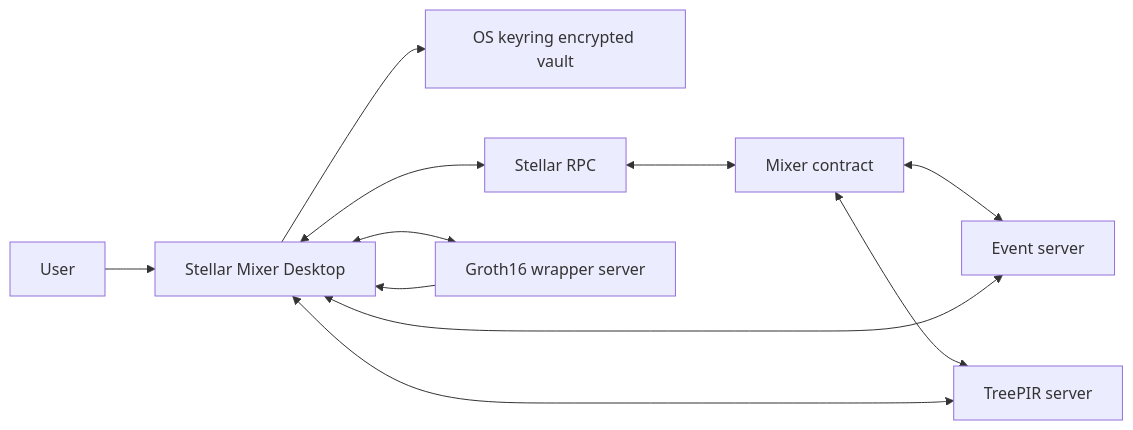
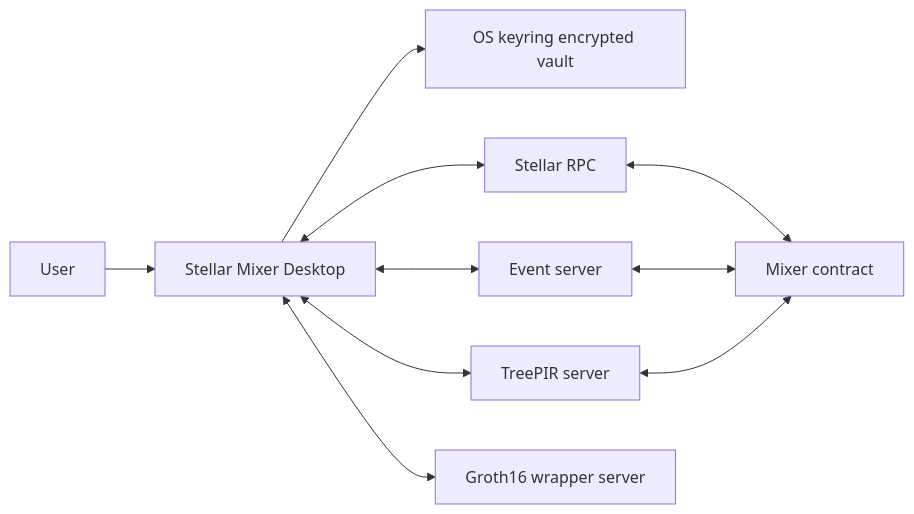
The first of 4 diagrams in README.md (stellar-mixer/stellar-mixer-desktop), drawn with Mermaid before and after one commit. The commit also changed other lines of this file, not shown here.

````diff
--- a/README.md
+++ b/README.md
@@ -40,17 +38,15 @@
 ```mermaid
 flowchart LR
     User[User] --> Desktop[Stellar Mixer Desktop]
 
     Desktop --> Vault[OS keyring encrypted vault]
 
     Desktop <--> RPC[Stellar RPC]
+    Desktop <--> EventServer[Event server]
+    Desktop <--> TreePIR[TreePIR server]
+    Desktop <--> Wrap[Groth16 wrapper server]
+
     RPC <--> Contract[Mixer contract]
-
-    Contract <--> EventServer[Event server]
-    Contract <--> TreePIR[TreePIR server]
-
-    Desktop <--> EventServer
-    Desktop <--> TreePIR
-    Desktop <--> Wrap[Groth16 wrapper server]
-    Wrap --> Desktop
+    EventServer <--> Contract
+    TreePIR <--> Contract
 ```
````
